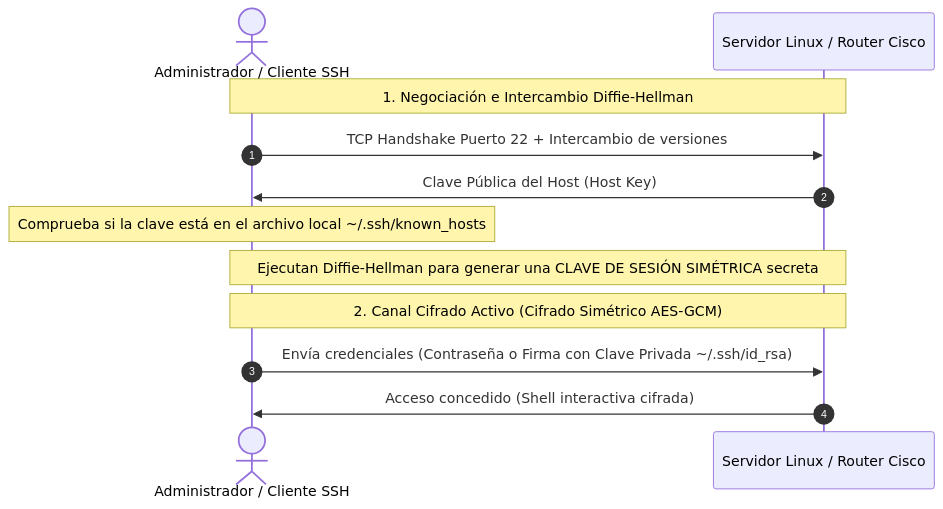
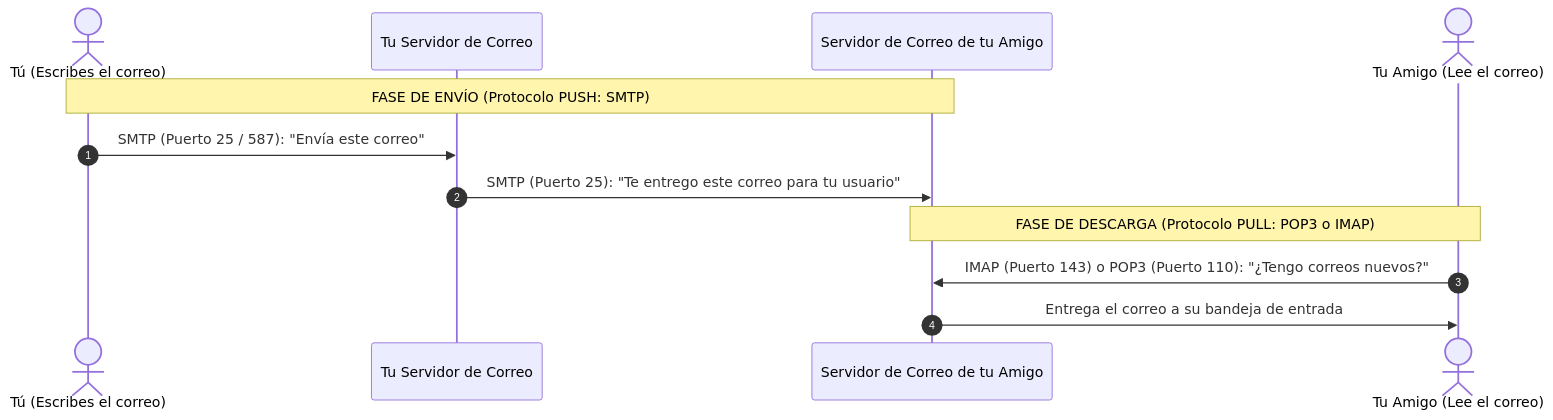
Before and after one commit to ch4rf/redes-computadoras: the second of 2 diagrams in Teoria/Modulo_2_Capa_Aplicacion/05_Transferencia_Archivos_Acceso_Remoto_Correo.md, drawn with Mermaid. The commit also changed other lines of this file and 14 other files, not shown here.

````diff
--- a/Teoria/Modulo_2_Capa_Aplicacion/05_Transferencia_Archivos_Acceso_Remoto_Correo.md
+++ b/Teoria/Modulo_2_Capa_Aplicacion/05_Transferencia_Archivos_Acceso_Remoto_Correo.md
@@ -28,16 +55,16 @@
 ```mermaid
 sequenceDiagram
     autonumber
-    actor Cliente as Administrador / Cliente SSH
-    participant Servidor as Servidor Linux / Router Cisco
+    actor Emisor as Tú (Escribes el correo)
+    participant ServidorMio as Tu Servidor de Correo
+    participant ServidorAmigo as Servidor de Correo de tu Amigo
+    actor Receptor as Tu Amigo (Lee el correo)
     
-    Note over Cliente,Servidor: 1. Negociación e Intercambio Diffie-Hellman
-    Cliente->>Servidor: TCP Handshake Puerto 22 + Intercambio de versiones
-    Servidor->>Cliente: Clave Pública del Host (Host Key)
-    Note over Cliente: Comprueba si la clave está en el archivo local ~/.ssh/known_hosts
-    Note over Cliente,Servidor: Ejecutan Diffie-Hellman para generar una CLAVE DE SESIÓN SIMÉTRICA secreta
+    Note over Emisor,ServidorAmigo: FASE DE ENVÍO (Protocolo PUSH: SMTP)
+    Emisor->>ServidorMio: SMTP (Puerto 25 / 587): "Envía este correo"
+    ServidorMio->>ServidorAmigo: SMTP (Puerto 25): "Te entrego este correo para tu usuario"
     
-    Note over Cliente,Servidor: 2. Canal Cifrado Activo (Cifrado Simétrico AES-GCM)
-    Cliente->>Servidor: Envía credenciales (Contraseña o Firma con Clave Privada ~/.ssh/id_rsa)
-    Servidor->>Cliente: Acceso concedido (Shell interactiva cifrada)
+    Note over ServidorAmigo,Receptor: FASE DE DESCARGA (Protocolo PULL: POP3 o IMAP)
+    Receptor->>ServidorAmigo: IMAP (Puerto 143) o POP3 (Puerto 110): "¿Tengo correos nuevos?"
+    ServidorAmigo->>Receptor: Entrega el correo a su bandeja de entrada
 ```
````
